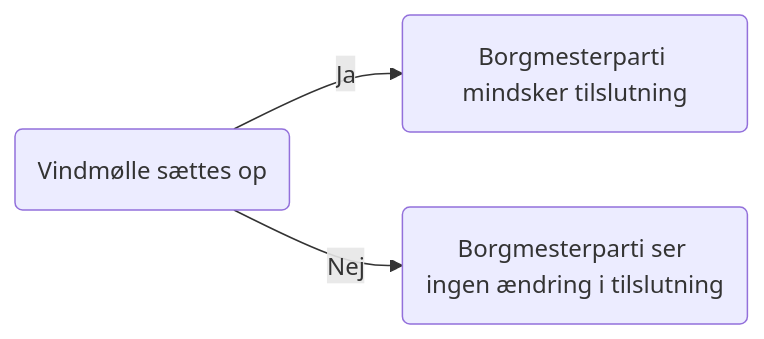
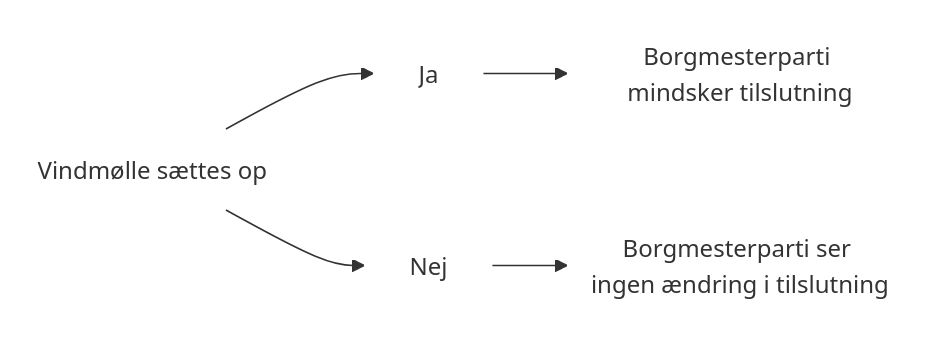
Before and after one commit to aleksanderbl29/bachelor: the first of 2 diagrams in synopsis/synopsis.qmd, drawn with Mermaid. The commit also changed other lines of this file, not shown here.

````diff
--- a/synopsis/synopsis.qmd
+++ b/synopsis/synopsis.qmd
@@ -53,12 +53,20 @@
 ```{mermaid}
 %%| label: fig-kausalmodel-simpel
 %%| fig-cap: "Forventet simpel sammenhæng"
 
 flowchart LR
   X(Vindmølle sættes op)
   Y(Borgmesterparti mindsker tilslutning)
   Y2(Borgmesterparti ser ingen ændring i tilslutning)
+  Ja
+  Nej
 
-  X -->|Ja| Y
-  X -->|Nej| Y2
+  X --> Ja --> Y
+  X --> Nej --> Y2
+
+  style X fill-opacity:0, stroke-opacity:0
+  style Y fill-opacity:0, stroke-opacity:0
+  style Y2 fill-opacity:0, stroke-opacity:0
+  style Ja fill-opacity:0, stroke-opacity:0
+  style Nej fill-opacity:0, stroke-opacity:0
 ```
````
